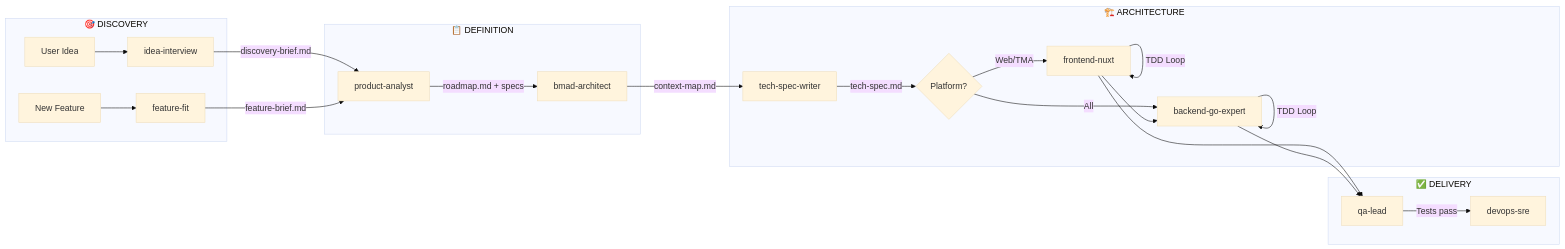
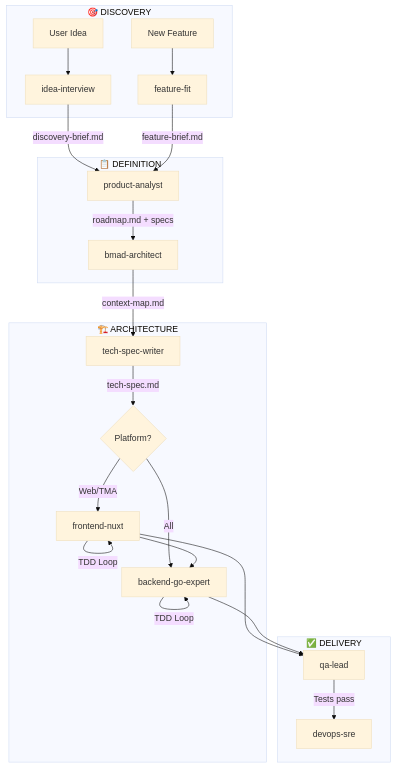
The first of 2 diagrams in blueprint/rules/PIPELINE.md (ydnikolaev/ag-skill-factory), drawn with Mermaid (base theme) before and after one commit. The commit also changed other lines of this file and 10 other files, not shown here.

````diff
--- a/blueprint/rules/PIPELINE.md
+++ b/blueprint/rules/PIPELINE.md
@@ -7,29 +7,29 @@
 ```mermaid
-graph LR
+graph TB
     subgraph "🎯 DISCOVERY"
         A[User Idea] --> B[idea-interview]
         A2[New Feature] --> B2[feature-fit]
     end
     
     subgraph "📋 DEFINITION"
         B -->|"discovery-brief.md"| C[product-analyst]
         B2 -->|"feature-brief.md"| C
         C -->|"roadmap.md + specs"| D[bmad-architect]
     end
     
     subgraph "🏗️ ARCHITECTURE"
         D -->|"context-map.md"| D2[tech-spec-writer]
         D2 -->|"tech-spec.md"| E{Platform?}
         E -->|"Web/TMA"| F[frontend-nuxt]
         E -->|"All"| G[backend-go-expert]
     end
     
     subgraph "✅ DELIVERY"
         F --> G
         G -->|"TDD Loop"| G
         F -->|"TDD Loop"| F
         F --> H[qa-lead]
         G --> H
         H -->|"Tests pass"| I[devops-sre]
     end
 ```
````
